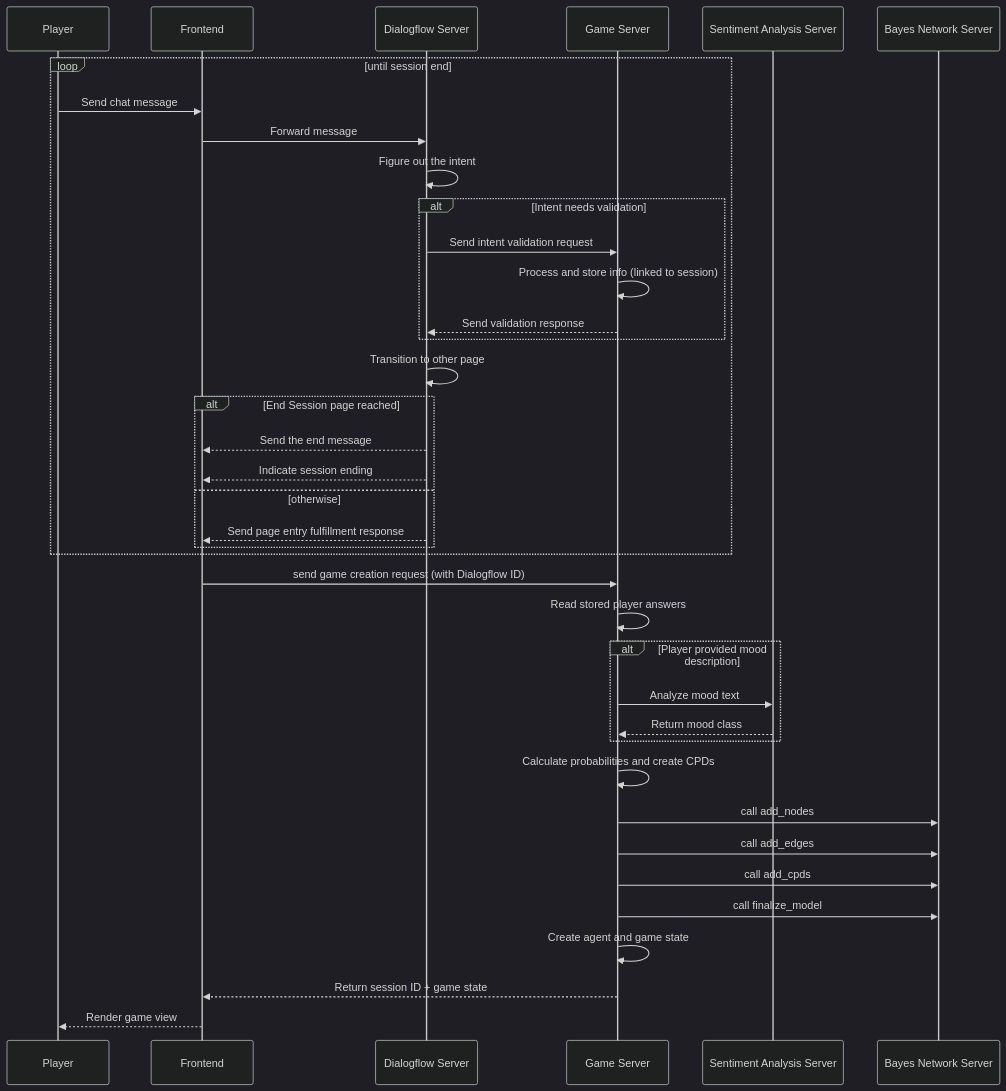
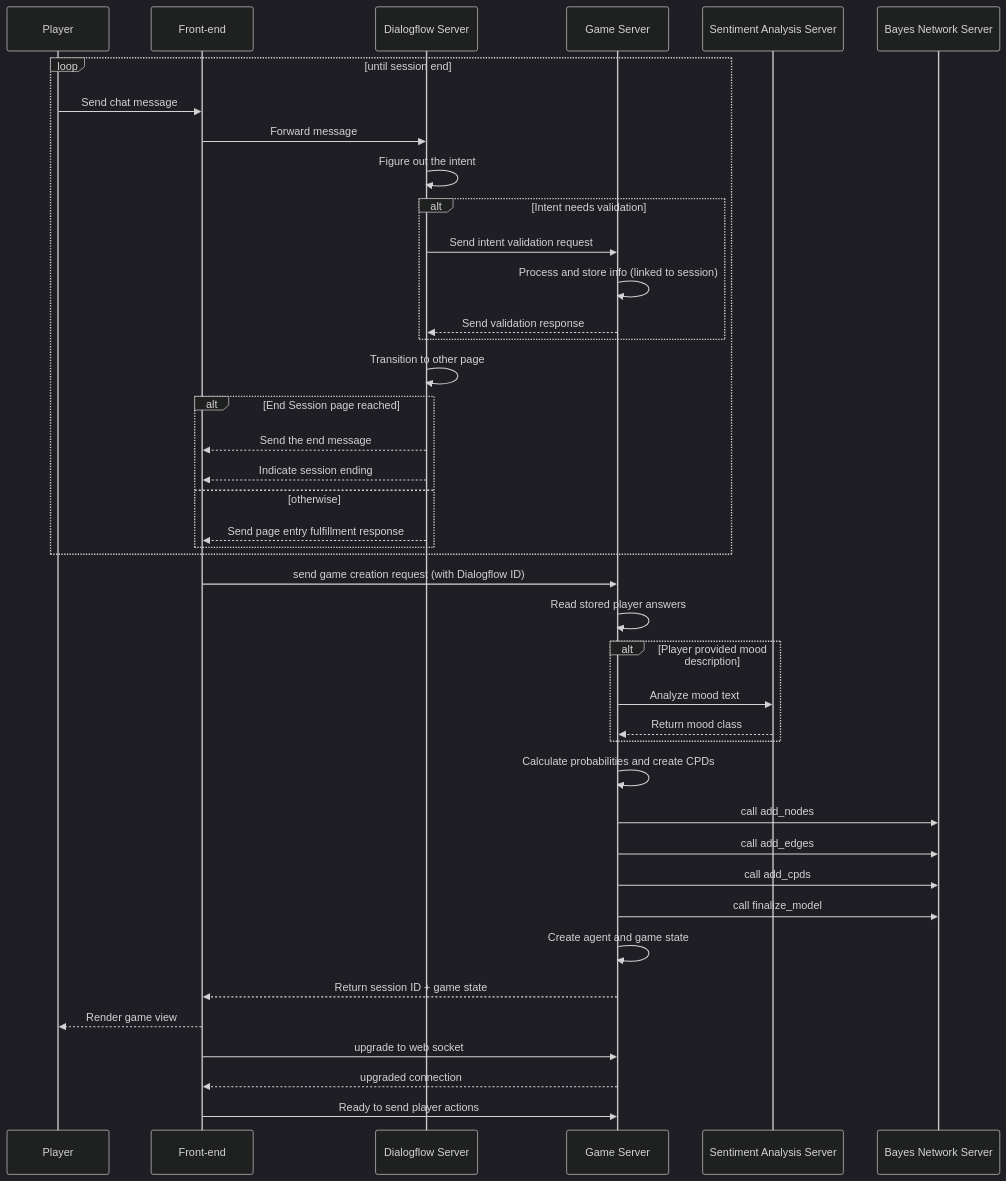
One commit to rchDev/game-of-points changed the first of 2 diagrams in docs/deep-lore.md. Above: the diagram before and after it, drawn with Mermaid (dark theme). The commit also changed other lines of this file, not shown here.

````diff
--- a/docs/deep-lore.md
+++ b/docs/deep-lore.md
@@ -16,49 +16,52 @@
 ```mermaid
 sequenceDiagram
     participant Player
-    participant Frontend
+    participant Front-end
     participant Dialogflow as Dialogflow Server
     participant GameServer as Game Server
     participant Sentiment as Sentiment Analysis Server
     participant Bayes as Bayes Network Server
 
     %% Chat interaction
     loop until session end
-        Player ->> Frontend: Send chat message
-        Frontend ->> Dialogflow: Forward message
+        Player ->> Front-end: Send chat message
+        Front-end ->> Dialogflow: Forward message
         Dialogflow ->> Dialogflow: Figure out the intent
         alt Intent needs validation
             Dialogflow ->> GameServer: Send intent validation request
             GameServer ->> GameServer: Process and store info (linked to session)
             GameServer -->> Dialogflow: Send validation response
         end
         Dialogflow ->> Dialogflow: Transition to other page
         
         %% Chat continues until end page
         alt End Session page reached
-            Dialogflow -->> Frontend: Send the end message
-            Dialogflow -->> Frontend: Indicate session ending
+            Dialogflow -->> Front-end: Send the end message
+            Dialogflow -->> Front-end: Indicate session ending
         else otherwise
-            Dialogflow -->> Frontend: Send page entry fulfillment response
+            Dialogflow -->> Front-end: Send page entry fulfillment response
         end
     end
     %% Game creation
-    Frontend ->> GameServer: send game creation request (with Dialogflow ID)
+    Front-end ->> GameServer: send game creation request (with Dialogflow ID)
     GameServer ->> GameServer: Read stored player answers
     alt Player provided mood description
         GameServer ->> Sentiment: Analyze mood text
         Sentiment -->> GameServer: Return mood class
     end
     
     GameServer ->> GameServer: Calculate probabilities and create CPDs
 
     %% Agent + Bayes Net creation
     GameServer ->> Bayes: call add_nodes
     GameServer ->> Bayes: call add_edges
     GameServer ->> Bayes: call add_cpds
     GameServer ->> Bayes: call finalize_model
 
     GameServer ->> GameServer: Create agent and game state
-    GameServer -->> Frontend: Return session ID + game state
-    Frontend -->> Player: Render game view
+    GameServer -->> Front-end: Return session ID + game state
+    Front-end -->> Player: Render game view
+    Front-end ->> GameServer: upgrade to web socket
+    GameServer -->> Front-end: upgraded connection
+    Front-end ->> GameServer: Ready to send player actions
 ```
````
